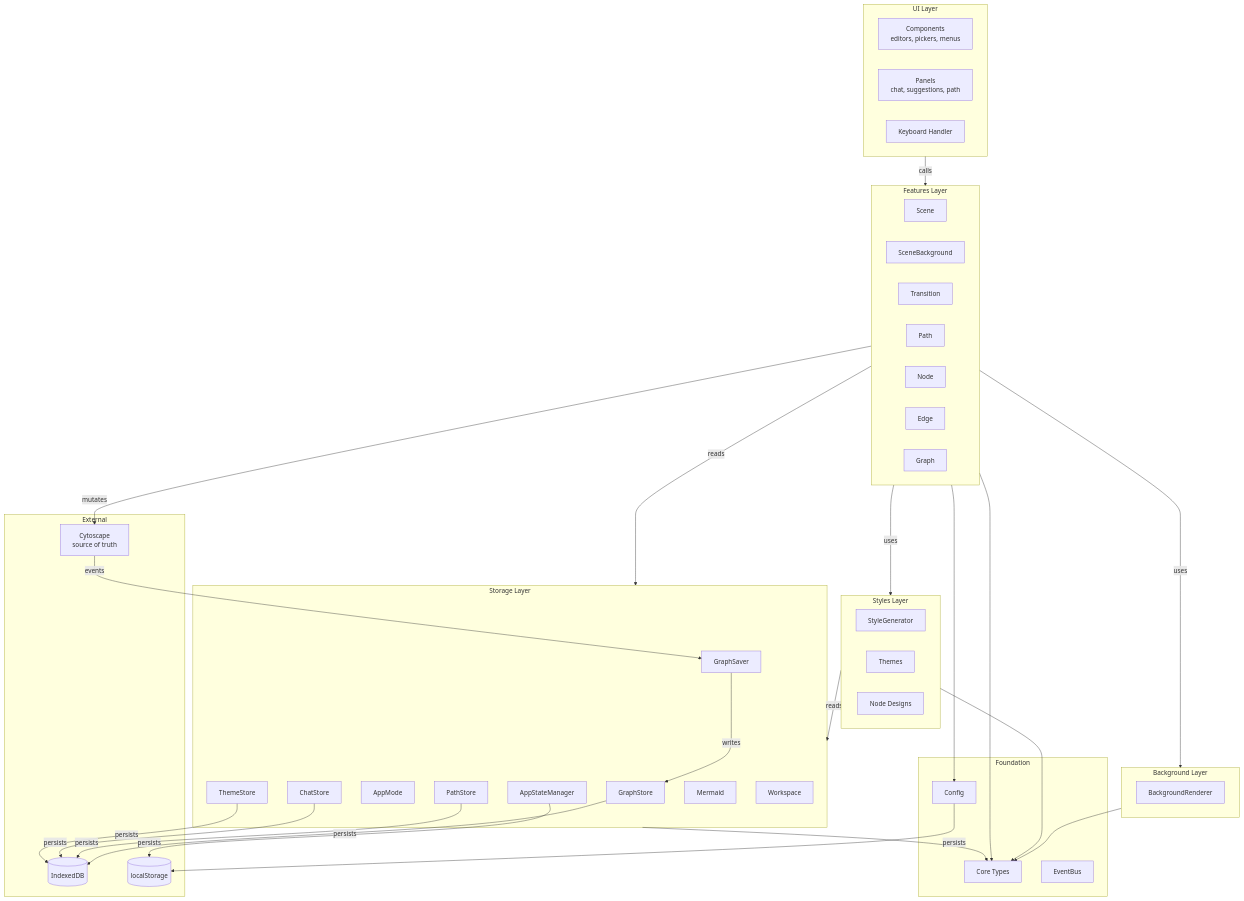
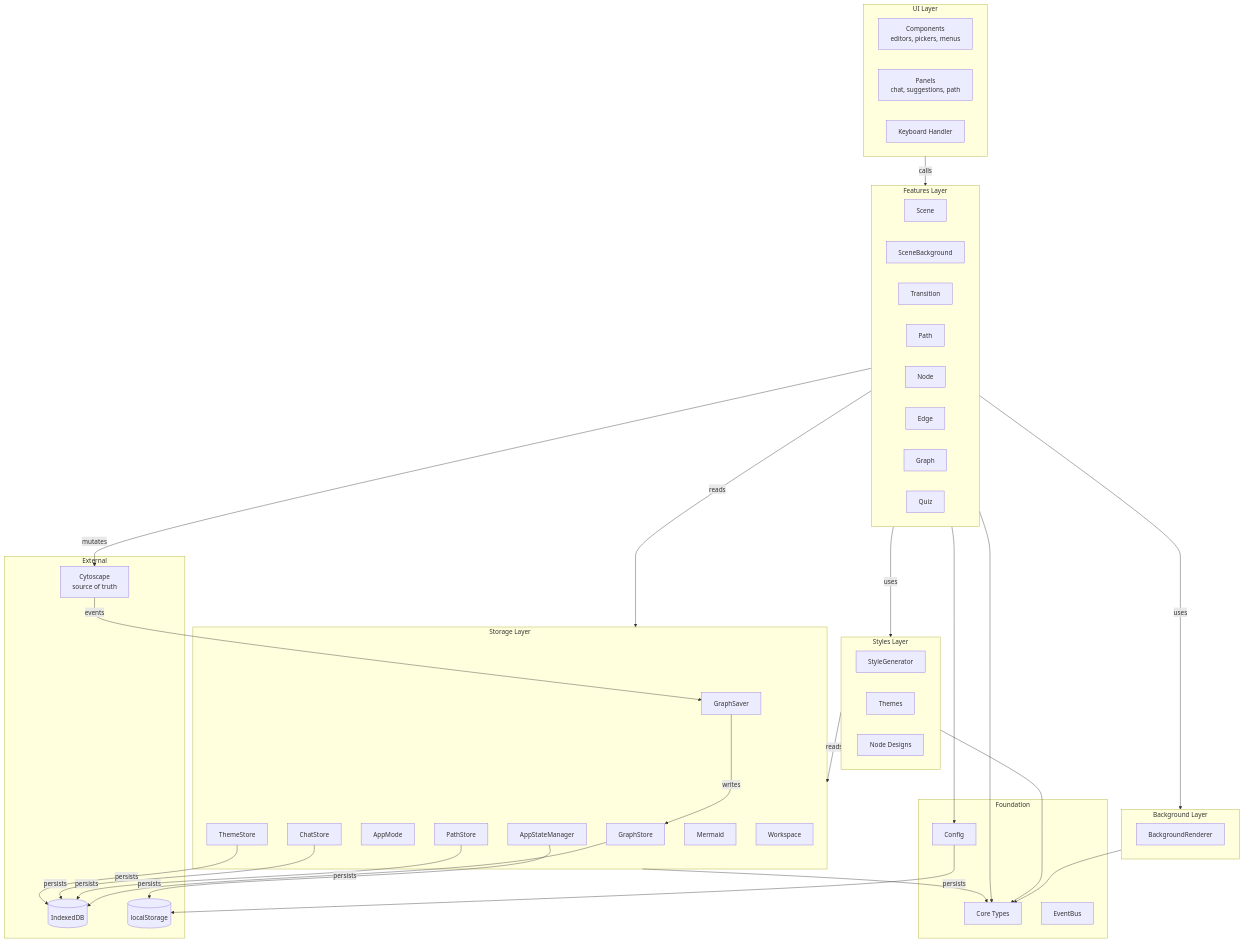
One commit to ebuyakin/knogra changed the diagram in docs/architecture.md. Above: the diagram before and after it, drawn with Mermaid. The commit also changed other lines of this file and 27 other files, not shown here.

Commit message:
Quizzes, multi-line titles import, node expansion redesign, font size for circle nodes, mermaid equation import, zoom resetting with 0 shortcut, individual edge style persistence bug, node editor stale title bug.

````diff
--- a/docs/architecture.md
+++ b/docs/architecture.md
@@ -86,75 +86,76 @@
 ```mermaid
 graph TD
     subgraph UI["UI Layer"]
         Components[Components<br/>editors, pickers, menus]
         Panels[Panels<br/>chat, suggestions, path]
         Keyboard[Keyboard Handler]
     end
 
     subgraph Features["Features Layer"]
         Scene[Scene]
         SceneBg[SceneBackground]
         Transition[Transition]
         Path[Path]
         NodeF[Node]
         EdgeF[Edge]
         GraphF[Graph]
+        QuizF[Quiz]
     end
 
     subgraph Background["Background Layer"]
         BgRenderer[BackgroundRenderer]
     end
 
     subgraph Styles["Styles Layer"]
         StyleGen[StyleGenerator]
         Themes[Themes]
         Designs[Node Designs]
     end
 
     subgraph Storage["Storage Layer"]
         GraphStore[GraphStore]
         GraphSaver[GraphSaver]
         AppState[AppStateManager]
         AppMode[AppMode]
         PathStore[PathStore]
         ChatStore[ChatStore]
         ThemeStore[ThemeStore]
         Mermaid[Mermaid]
         Workspace[Workspace]
     end
 
     subgraph Foundation["Foundation"]
         Core[Core Types]
         Config[Config]
         Events[EventBus]
     end
 
     subgraph External["External"]
         Cytoscape[Cytoscape<br/>source of truth]
         IndexedDB[(IndexedDB)]
         LocalStorage[(localStorage)]
     end
 
     UI -->|calls| Features
     Features -->|mutates| Cytoscape
     Features -->|uses| Background
     Features -->|uses| Styles
     Features -->|reads| Storage
     Background --> Core
     Styles --> Core
     Styles -->|reads| Storage
     
     Cytoscape -->|events| GraphSaver
     GraphSaver -->|writes| GraphStore
     GraphStore -->|persists| IndexedDB
     PathStore -->|persists| IndexedDB
     ChatStore -->|persists| IndexedDB
     ThemeStore -->|persists| IndexedDB
     
     AppState -->|persists| LocalStorage
     Config -->|persists| LocalStorage
     
     Features --> Core
     Features --> Config
     Storage --> Core
 ```
````
